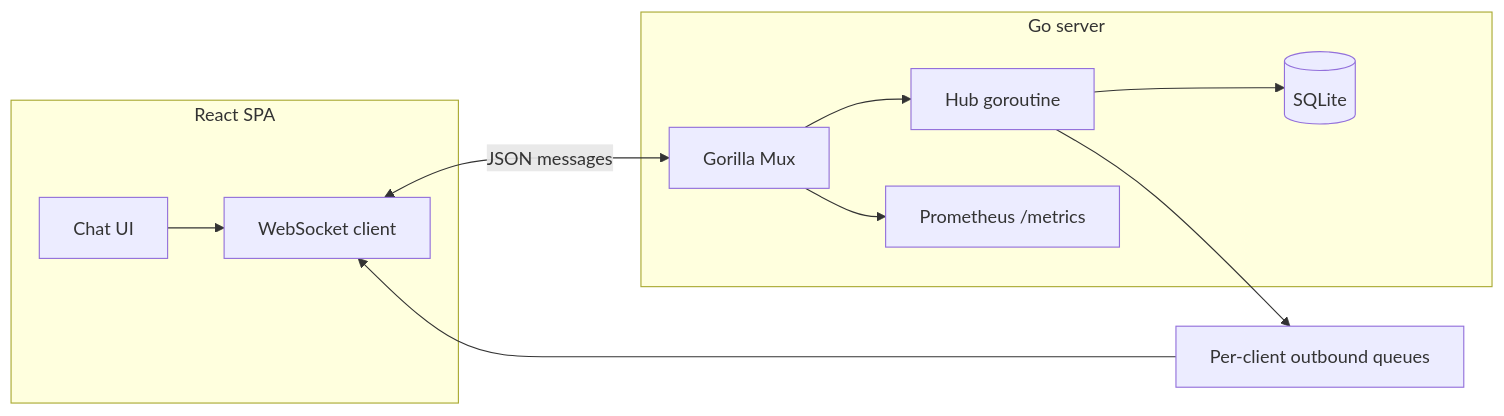
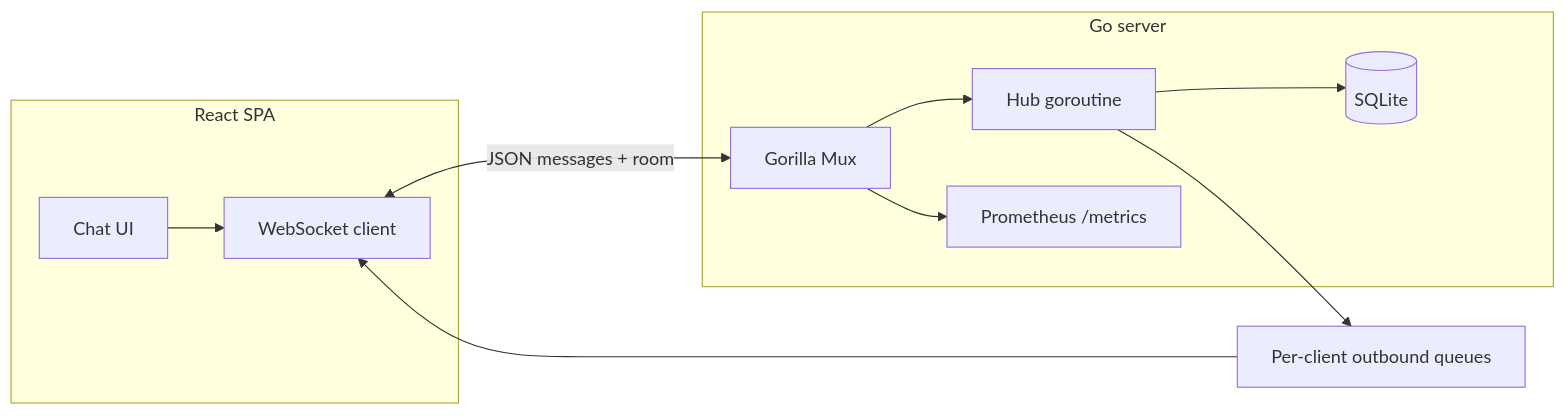
The first of 4 diagrams in docs/ARCHITECTURE.md (AlisinaDevelo/Chatster), drawn with Mermaid before and after one commit. The commit also changed other lines of this file and 9 other files, not shown here.

````diff
--- a/docs/ARCHITECTURE.md
+++ b/docs/ARCHITECTURE.md
@@ -7,20 +7,20 @@
 ```mermaid
 flowchart LR
   subgraph client [React SPA]
     UI[Chat UI]
     WSClient[WebSocket client]
   end
   subgraph server [Go server]
     Mux[Gorilla Mux]
     Hub[Hub goroutine]
     DB[(SQLite)]
     Prom[Prometheus /metrics]
   end
   UI --> WSClient
-  WSClient <-->|JSON messages| Mux
+  WSClient <-->|JSON messages + room| Mux
   Mux --> Hub
   Mux --> Prom
   Hub --> DB
   Hub --> Queues[Per-client outbound queues]
   Queues --> WSClient
 ```
````
